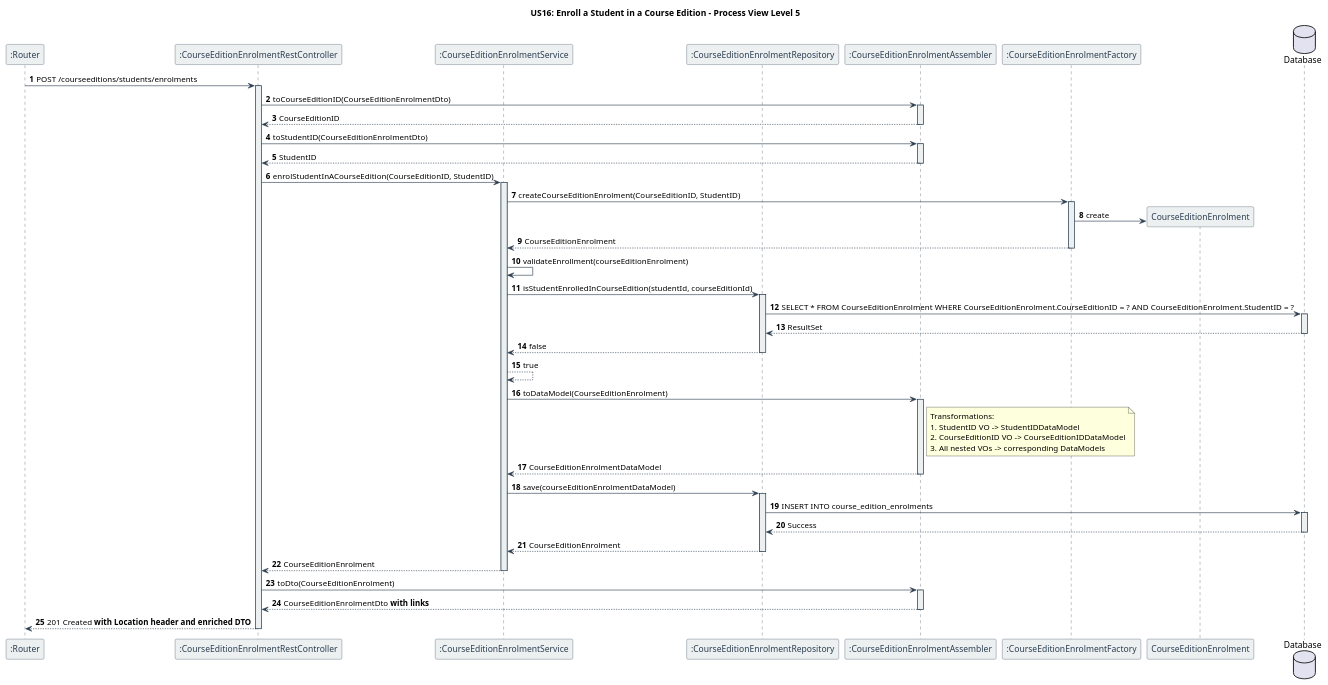
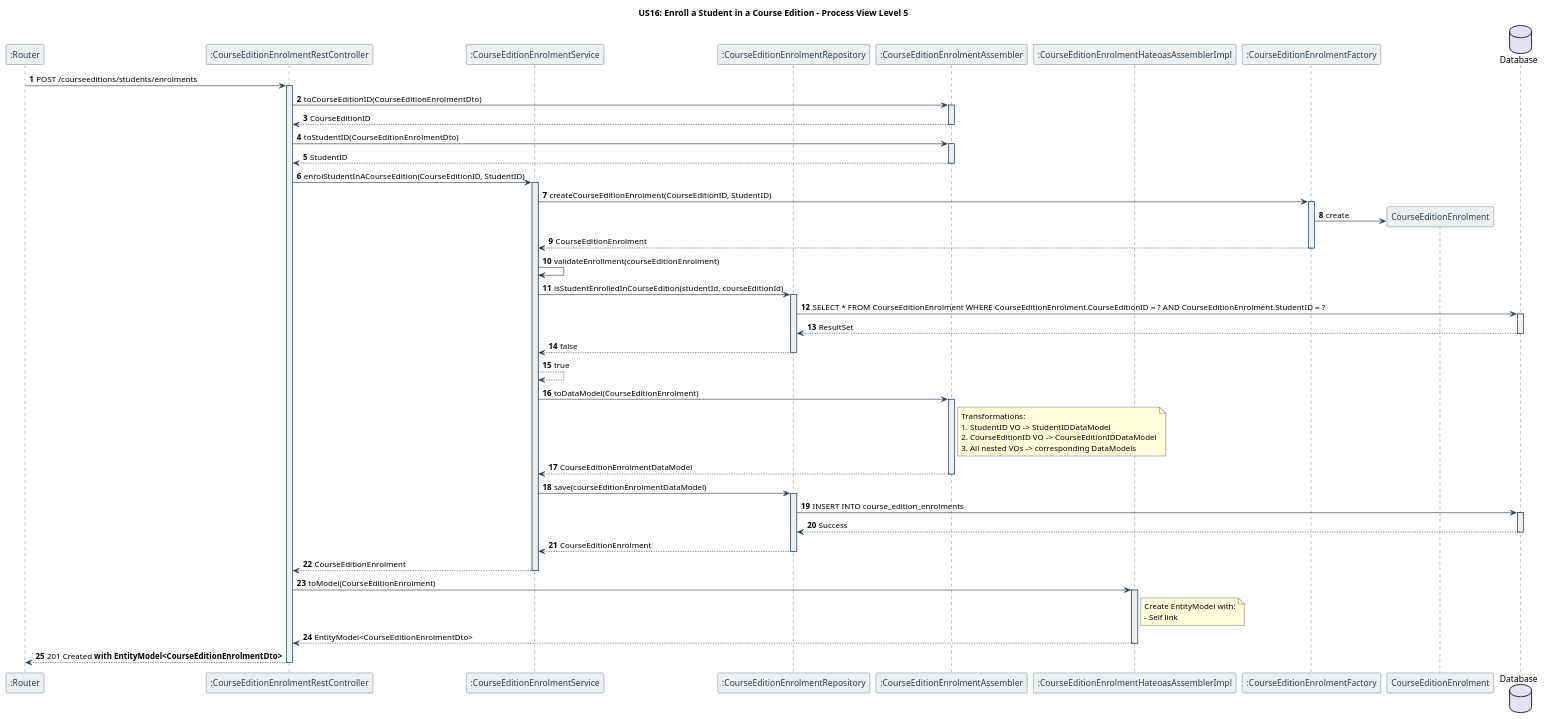
Before and after one commit to GasparISEP/DevOps-PAI: the diagram in docs/US16/sprint6_RestController/scenario/US16_processView_level5.puml, drawn with PlantUML. The commit also changed 2 other files, not shown here.

Commit message:
docs: Update process view diagrams for Level 3, Level 4, and Level 5 to replace references to enriched DTOs with EntityModel<CourseEditionEnrolmentDto> and incorporate HateoasAssembler for improved response structure. refs #659

```diff
--- a/docs/US16/sprint6_RestController/scenario/US16_processView_level5.puml
+++ b/docs/US16/sprint6_RestController/scenario/US16_processView_level5.puml
@@ -1,95 +1,99 @@
 @startuml
 title US16: Enroll a Student in a Course Edition - Process View Level 5
 autonumber
 
 ' Set colors for different types of lines
 skinparam sequence {
     ArrowColor #2C3E50
     LifeLineBorderColor #2C3E50
     LifeLineBackgroundColor #ECF0F1
     ParticipantBorderColor #2C3E50
     ParticipantBackgroundColor #ECF0F1
     ParticipantFontColor #2C3E50
     ActorBorderColor #2C3E50
     ActorBackgroundColor #ECF0F1
     ActorFontColor #2C3E50
     DatabaseBorderColor #2C3E50
     DatabaseBackgroundColor #ECF0F1
     DatabaseFontColor #2C3E50
 }
 
 participant ":Router" as router
 participant ":CourseEditionEnrolmentRestController" as Controller
 participant ":CourseEditionEnrolmentService" as Service
 participant ":CourseEditionEnrolmentRepository" as Repository
 participant ":CourseEditionEnrolmentAssembler" as Assembler
+participant ":CourseEditionEnrolmentHateoasAssemblerImpl" as HateoasAssembler
 participant ":CourseEditionEnrolmentFactory" as Factory
 participant "CourseEditionEnrolment" as Enrolment
 
 database "Database" as DB
 
 router -> Controller: POST /courseeditions/students/enrolments
 activate Controller
 
 Controller -> Assembler: toCourseEditionID(CourseEditionEnrolmentDto)
 activate Assembler
 Assembler --> Controller: CourseEditionID
 deactivate Assembler
 Controller -> Assembler: toStudentID(CourseEditionEnrolmentDto)
 activate Assembler
 Assembler --> Controller: StudentID
 deactivate Assembler
 
 Controller -> Service: enrolStudentInACourseEdition(CourseEditionID, StudentID)
 activate Service
 Service -> Factory: createCourseEditionEnrolment(CourseEditionID, StudentID)
 activate Factory
 create Enrolment
 Factory -> Enrolment: create
 Factory --> Service: CourseEditionEnrolment
 deactivate Factory
 
 Service -> Service: validateEnrollment(courseEditionEnrolment)
 Service -> Repository: isStudentEnrolledInCourseEdition(studentId, courseEditionId)
 activate Repository
 Repository -> DB: SELECT * FROM CourseEditionEnrolment WHERE CourseEditionEnrolment.CourseEditionID = ? AND CourseEditionEnrolment.StudentID = ?
 activate DB
 DB --> Repository: ResultSet
 deactivate DB
 Repository --> Service: false
 deactivate Repository
 Service --> Service: true
 
 Service -> Assembler: toDataModel(CourseEditionEnrolment)
 activate Assembler
 note right of Assembler
   Transformations:
   1. StudentID VO -> StudentIDDataModel
   2. CourseEditionID VO -> CourseEditionIDDataModel
   3. All nested VOs -> corresponding DataModels
 end note
 Assembler --> Service: CourseEditionEnrolmentDataModel
 deactivate Assembler
 
 Service -> Repository: save(courseEditionEnrolmentDataModel)
 activate Repository
 Repository -> DB: INSERT INTO course_edition_enrolments
 activate DB
-  DB --> Repository: Success
-  deactivate DB
+DB --> Repository: Success
+deactivate DB
 Repository --> Service: CourseEditionEnrolment
 deactivate Repository
 
 Service --> Controller: CourseEditionEnrolment
 deactivate Service
 
-Controller -> Assembler: toDto(CourseEditionEnrolment)
-activate Assembler
+Controller -> HateoasAssembler: toModel(CourseEditionEnrolment)
+activate HateoasAssembler
+note right of HateoasAssembler
+  Create EntityModel with:
+  - Self link
+end note
+HateoasAssembler --> Controller: EntityModel<CourseEditionEnrolmentDto>
+deactivate HateoasAssembler
 
-Assembler --> Controller: CourseEditionEnrolmentDto **with links**
-deactivate Assembler
-
-Controller --> router: 201 Created **with Location header and enriched DTO**
+Controller --> router: 201 Created **with EntityModel<CourseEditionEnrolmentDto>**
 deactivate Controller
 
 @enduml 
```
